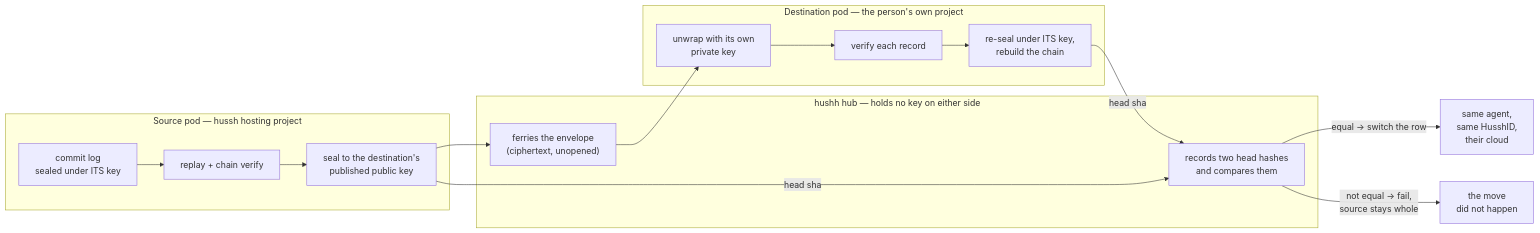
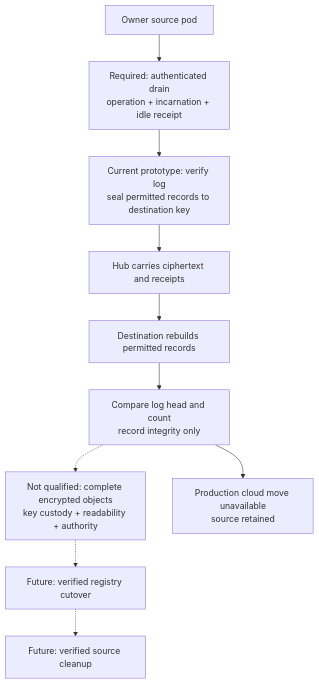
One commit to hushh-labs/hushh-research changed the diagram in docs/reference/architecture/pod-migration.md. Above: the diagram before and after it, drawn with Mermaid. The commit also changed other lines of this file and 5 other files, not shown here.

````diff
--- a/docs/reference/architecture/pod-migration.md
+++ b/docs/reference/architecture/pod-migration.md
@@ -9,20 +9,12 @@
 ```mermaid
-flowchart LR
-  subgraph SRC["Source pod — hussh hosting project"]
-    S1["commit log<br/>sealed under ITS key"] --> S2["replay + chain verify"]
-    S2 --> S3["seal to the destination's<br/>published public key"]
-  end
-  subgraph HUB["hushh hub — holds no key on either side"]
-    H1["ferries the envelope<br/>(ciphertext, unopened)"]
-    H2["records two head hashes<br/>and compares them"]
-  end
-  subgraph DST["Destination pod — the person's own project"]
-    D1["unwrap with its own<br/>private key"] --> D2["verify each record"]
-    D2 --> D3["re-seal under ITS key,<br/>rebuild the chain"]
-  end
-  S3 --> H1 --> D1
-  D3 -->|"head sha"| H2
-  S3 -->|"head sha"| H2
-  H2 -->|"equal → switch the row"| DONE["same agent,<br/>same HusshID,<br/>their cloud"]
-  H2 -->|"not equal → fail,<br/>source stays whole"| STOP["the move<br/>did not happen"]
+flowchart TD
+  S["Owner source pod"] --> F["Required: authenticated drain<br/>operation + incarnation + idle receipt"]
+  F --> E["Current prototype: verify log<br/>seal permitted records to destination key"]
+  E --> H["Hub carries ciphertext and receipts"]
+  H --> D["Destination rebuilds permitted records"]
+  D --> V["Compare log head and count<br/>record integrity only"]
+  V -.-> Q["Not qualified: complete encrypted objects<br/>key custody + readability + authority"]
+  Q -.-> C["Future: verified registry cutover"]
+  C -.-> R["Future: verified source cleanup"]
+  V --> X["Production cloud move unavailable<br/>source retained"]
 ```
````
